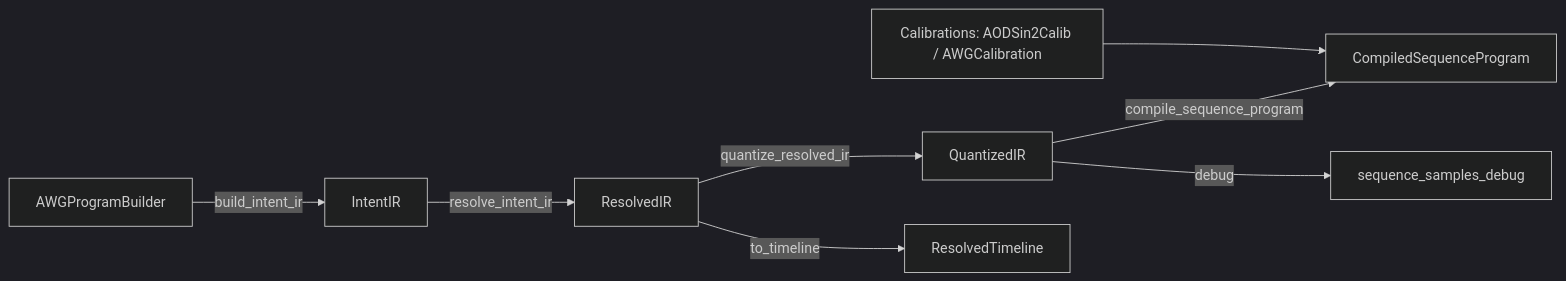
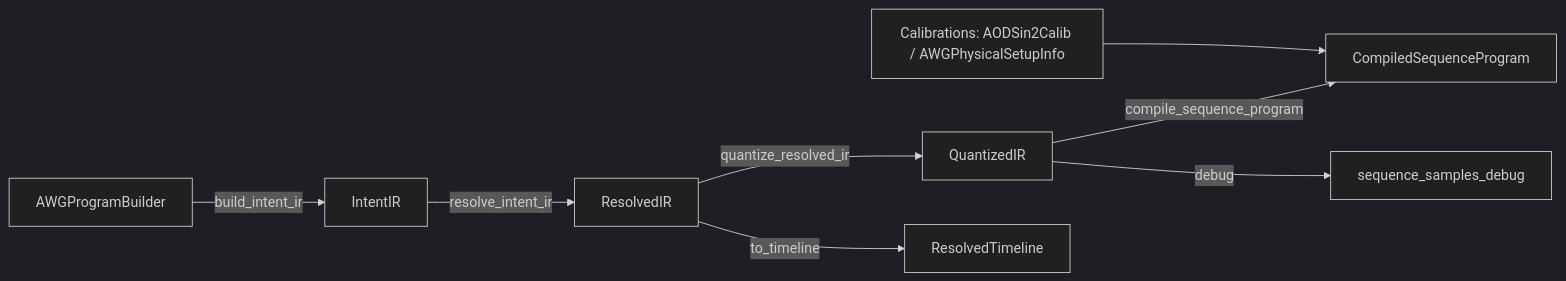
One commit to CornishLabs/AWGSegmentFactory changed the diagram in README.md. Above: the diagram before and after it, drawn with Mermaid (dark theme). The commit also changed other lines of this file and 18 other files, not shown here.

````diff
--- a/README.md
+++ b/README.md
@@ -188,18 +199,18 @@
 ```mermaid
 flowchart LR
     B[AWGProgramBuilder]
     I[IntentIR]
     R[ResolvedIR]
     Q[QuantizedIR]
     C[CompiledSequenceProgram]
 
     B -- build_intent_ir --> I
     I -- resolve_intent_ir --> R
     R -- quantize_resolved_ir --> Q
     Q -- compile_sequence_program --> C
 
-    CAL[Calibrations: AODSin2Calib / AWGCalibration] --> C
+    CAL[Calibrations: AODSin2Calib / AWGPhysicalSetupInfo] --> C
 
     R -- to_timeline --> TL[ResolvedTimeline]
     Q -- debug --> DBG[sequence_samples_debug]
 ```
````
